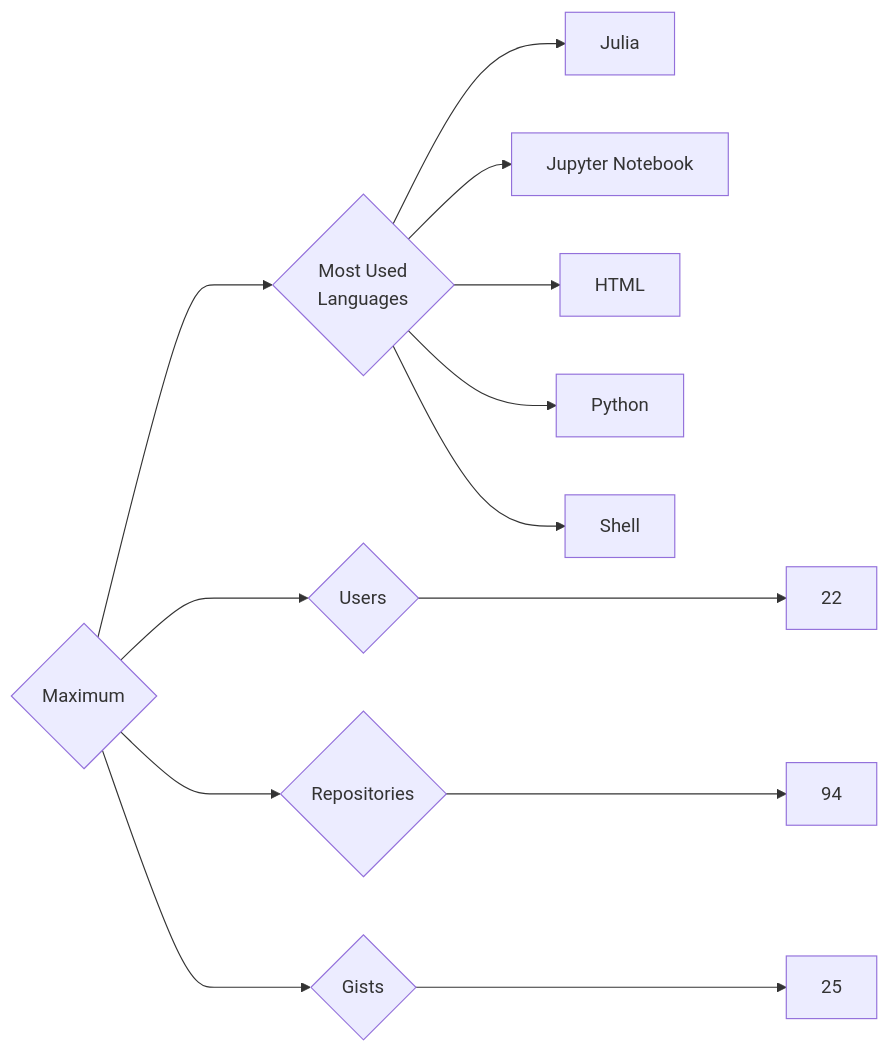
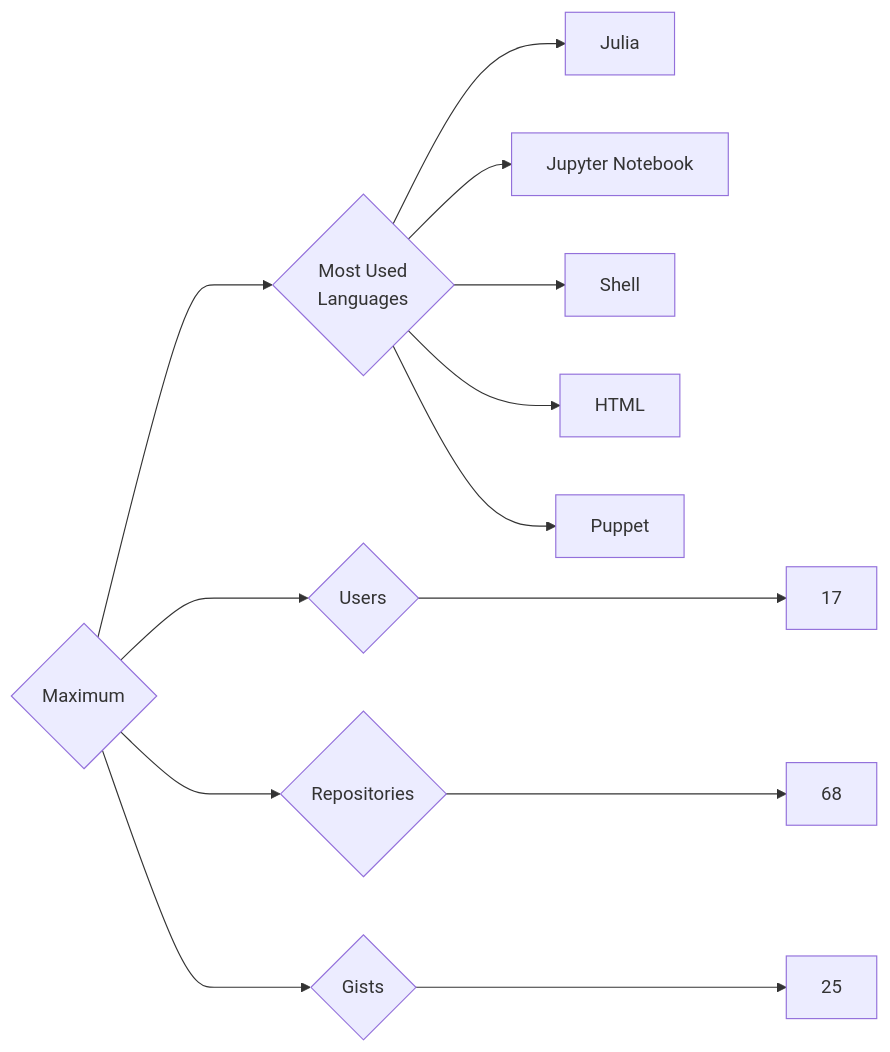
Before and after one commit to trickest/insiders: the diagram in targets/Maximum/README.md, drawn with Mermaid. The commit also changed 955 other files, not shown here.

````diff
--- a/targets/Maximum/README.md
+++ b/targets/Maximum/README.md
@@ -3,13 +3,13 @@
 ```mermaid
 graph LR
 COMPANY_NAME{Maximum}
-COMPANY_NAME ---> U{Users} ---> UN[22]
-COMPANY_NAME ---> R{Repositories} ---> RN[94]
+COMPANY_NAME ---> U{Users} ---> UN[17]
+COMPANY_NAME ---> R{Repositories} ---> RN[68]
 COMPANY_NAME ---> G{Gists} ---> GN[25]
 COMPANY_NAME ---> ML{Most Used<br>Languages}
 ML --> Julia[Julia]
 ML --> Jupyter_Notebook[Jupyter Notebook]
+ML --> Shell[Shell]
 ML --> HTML[HTML]
-ML --> Python[Python]
-ML --> Shell[Shell]
+ML --> Puppet[Puppet]
 ```
````
